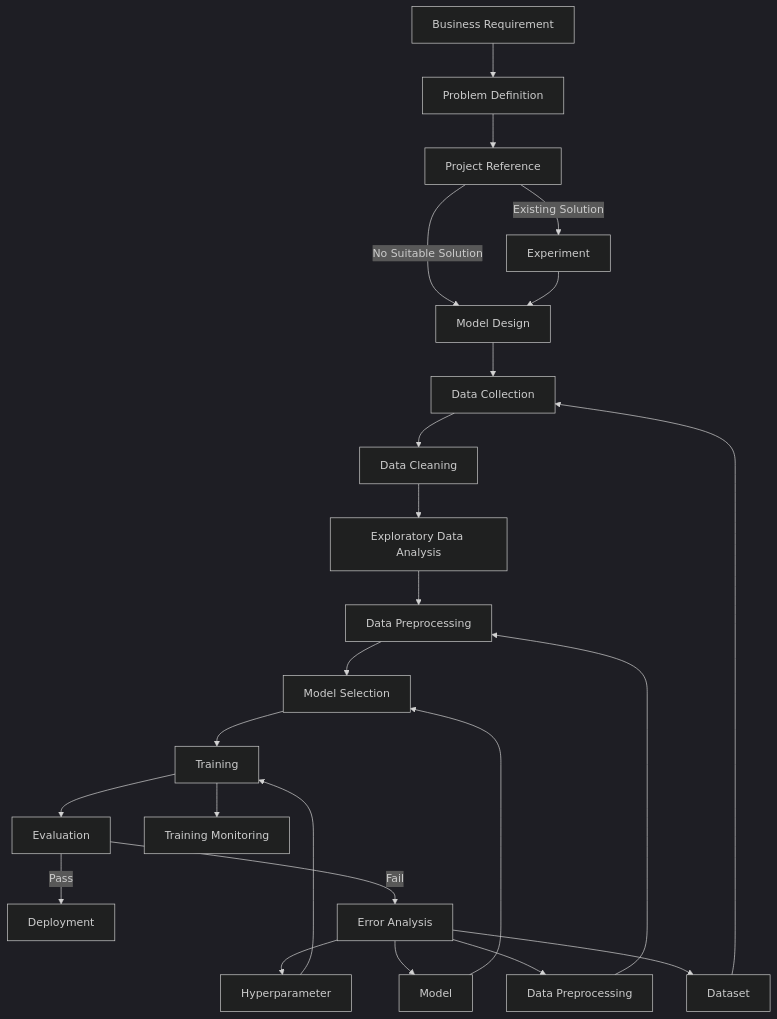
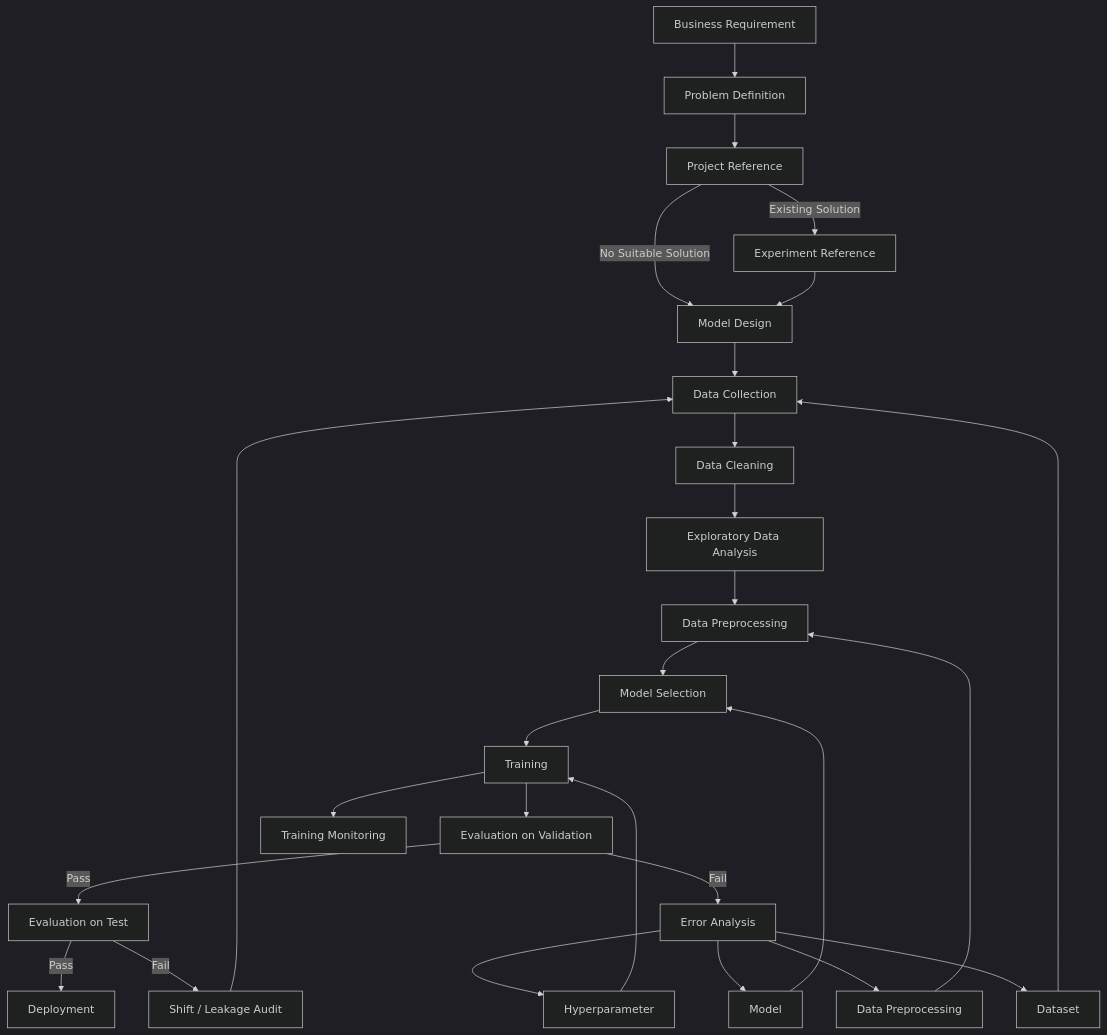
One commit to notworLe/Deeplearning-UTH changed the diagram in .agents/rules/dl-rule/MODEL_PIPELINE.md. Above: the diagram before and after it, drawn with Mermaid (dark theme). The commit also changed other lines of this file and 9 other files, not shown here.

````diff
--- a/.agents/rules/dl-rule/MODEL_PIPELINE.md
+++ b/.agents/rules/dl-rule/MODEL_PIPELINE.md
@@ -34,26 +40,29 @@
 ```mermaid
 flowchart TD
     A[Business Requirement] --> B[Problem Definition]
     B --> C[Project Reference]
-    C -- Existing Solution --> D[Experiment]
+    C -- Existing Solution --> D[Experiment Reference]
     C -- No Suitable Solution --> E[Model Design]
     D --> E
     E --> F[Data Collection]
     F --> G[Data Cleaning]
     G --> H[Exploratory Data Analysis]
     H --> I[Data Preprocessing]
     I --> J[Model Selection]
     J --> K[Training]
-    K --> L[Evaluation]
+    K --> L[Evaluation on Validation]
     K --> M[Training Monitoring]
-    L -- Pass --> N[Deployment]
+    L -- Pass --> N[Evaluation on Test]
     L -- Fail --> O[Error Analysis]
+    N -- Pass --> T[Deployment]
+    N -- Fail --> U[Shift / Leakage Audit]
+    U --> F
     O --> P[Hyperparameter]
     P --> K
     O --> Q[Model]
     Q --> J
     O --> R[Data Preprocessing]
     R --> I
     O --> S[Dataset]
     S --> F
 ```
````
